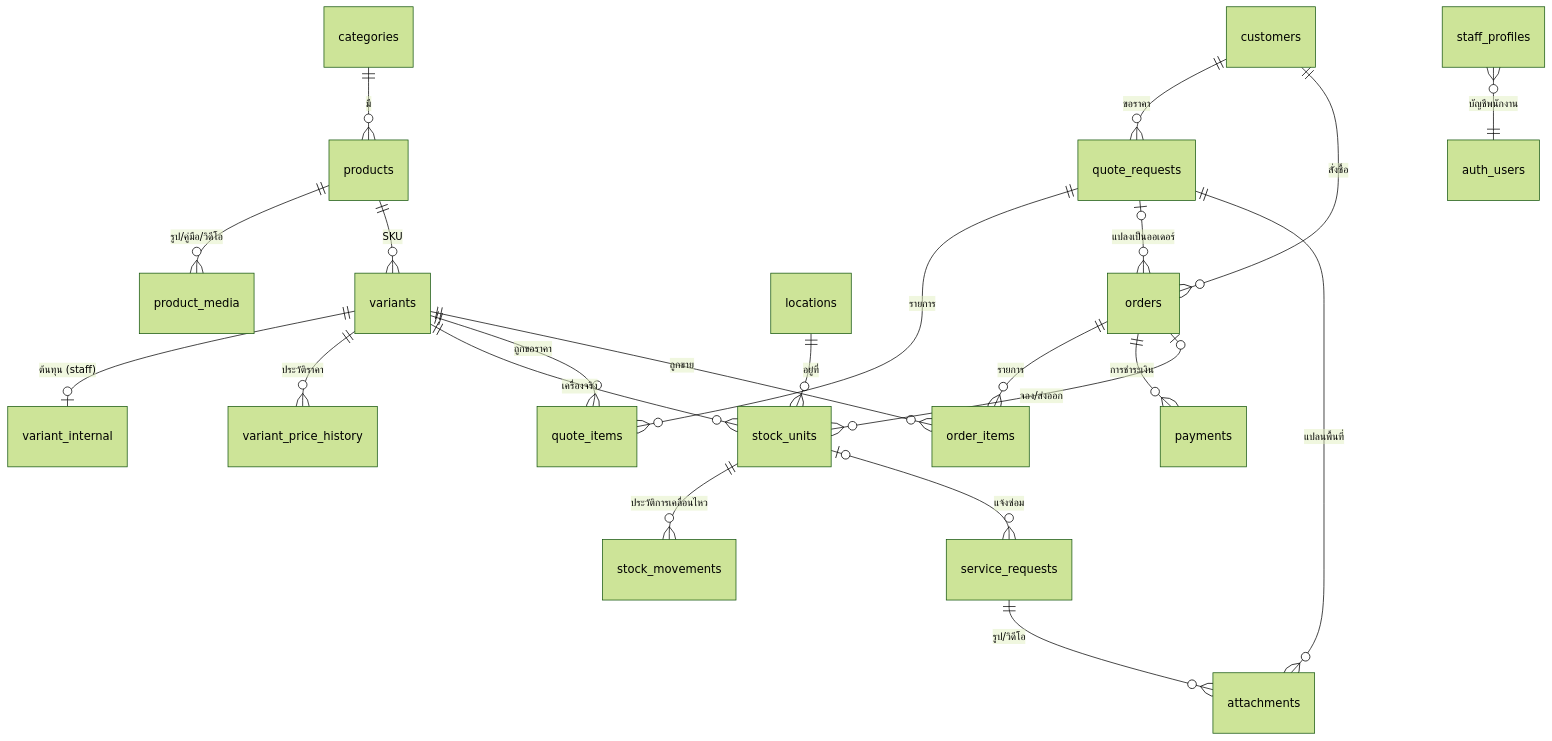
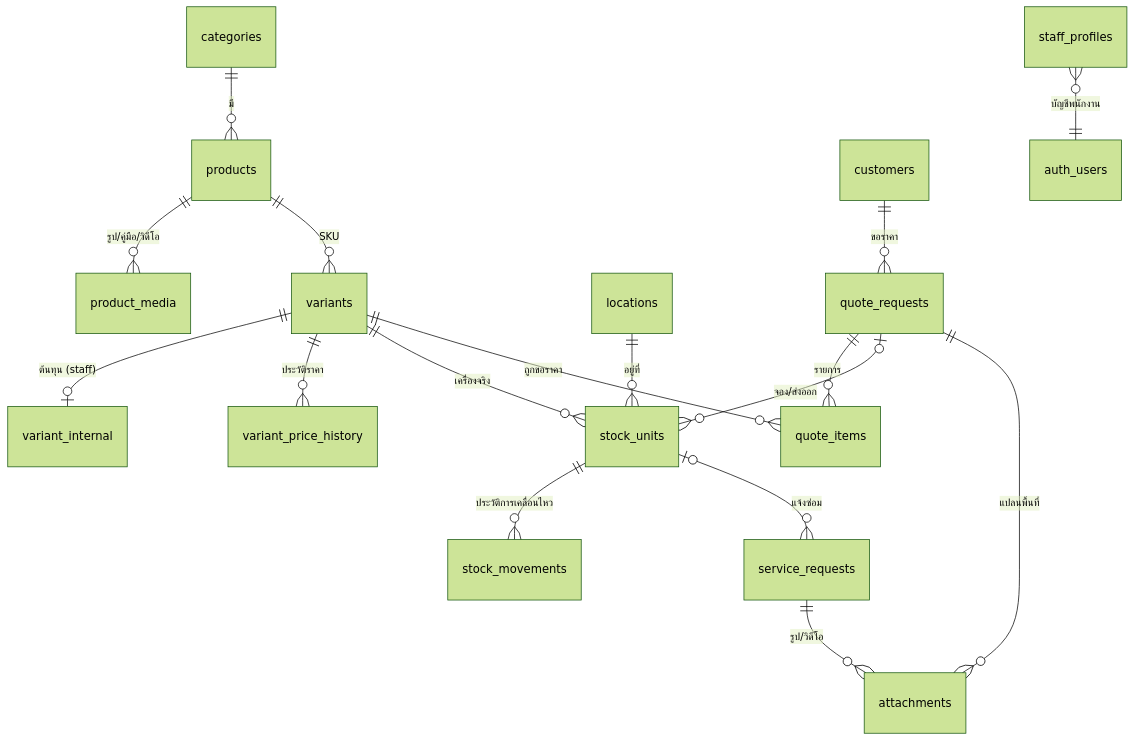
Before and after one commit to Mzknkung53/FitnessEquipmentASIA-Backend: the second of 3 diagrams in docs/database-design.md, drawn with Mermaid (forest theme). The commit also changed other lines of this file and 11 other files, not shown here.

````diff
--- a/docs/database-design.md
+++ b/docs/database-design.md
@@ -28,24 +36,19 @@
 ```mermaid
 erDiagram
   categories ||--o{ products : "มี"
   products ||--o{ product_media : "รูป/คู่มือ/วิดีโอ"
   products ||--o{ variants : "SKU"
   variants ||--o| variant_internal : "ต้นทุน (staff)"
   variants ||--o{ variant_price_history : "ประวัติราคา"
   variants ||--o{ stock_units : "เครื่องจริง"
   locations ||--o{ stock_units : "อยู่ที่"
   stock_units ||--o{ stock_movements : "ประวัติการเคลื่อนไหว"
   customers ||--o{ quote_requests : "ขอราคา"
-  customers ||--o{ orders : "สั่งซื้อ"
   quote_requests ||--o{ quote_items : "รายการ"
-  quote_requests |o--o{ orders : "แปลงเป็นออเดอร์"
   variants ||--o{ quote_items : "ถูกขอราคา"
-  orders ||--o{ order_items : "รายการ"
-  variants ||--o{ order_items : "ถูกขาย"
-  orders ||--o{ payments : "การชำระเงิน"
-  orders |o--o{ stock_units : "จอง/ส่งออก"
+  quote_requests |o--o{ stock_units : "จอง/ส่งออก"
   stock_units |o--o{ service_requests : "แจ้งซ่อม"
   quote_requests ||--o{ attachments : "แปลนพื้นที่"
   service_requests ||--o{ attachments : "รูป/วิดีโอ"
   staff_profiles }o--|| auth_users : "บัญชีพนักงาน"
 ```
````
